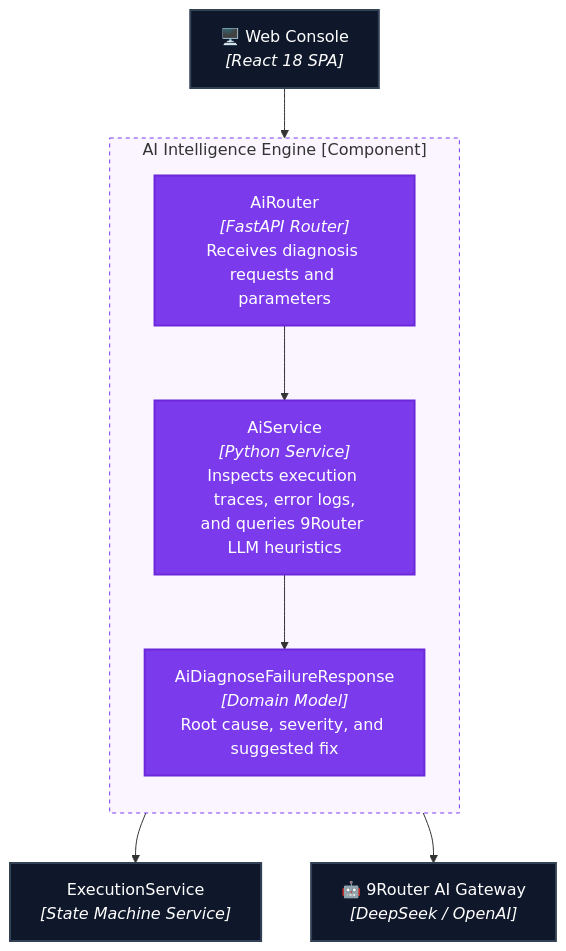
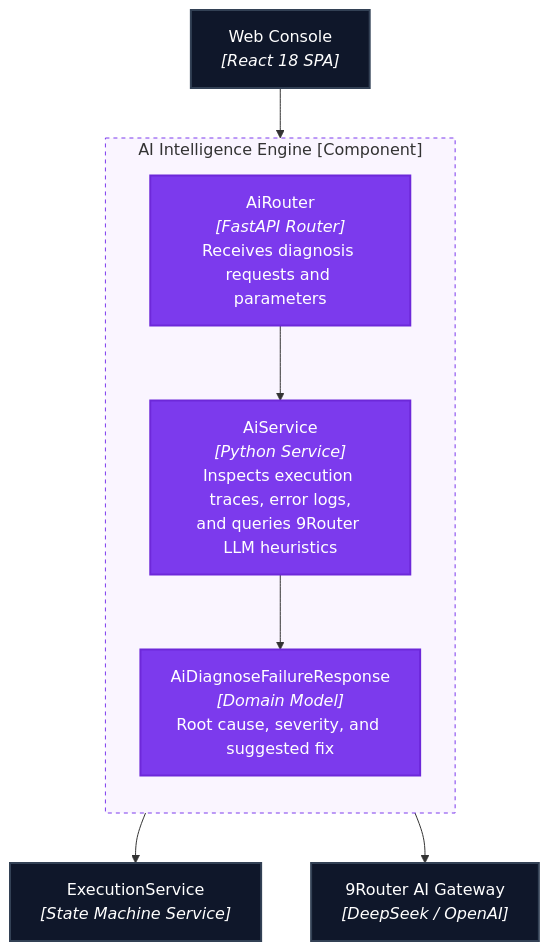
Before and after one commit to AnCoder1310/FlowForge: the seventh of 11 diagrams in README.md, drawn with Mermaid. The commit also changed other lines of this file and 28 other files, not shown here.

Commit message:
feat: complete FlowForge production-ready DAG engine, conditional branching, visual studio, and fix dashboard metrics anti-jitter

````diff
--- a/README.md
+++ b/README.md
@@ -641,26 +641,26 @@
 ```mermaid
 flowchart TB
     subgraph aiEngine["AI Intelligence Engine [Component]"]
         direction TB
         aiRouter["AiRouter<br/><i>[FastAPI Router]</i><br/>Receives diagnosis requests and parameters"]
         aiService["AiService<br/><i>[Python Service]</i><br/>Inspects execution traces, error logs,<br/>and queries 9Router LLM heuristics"]
         diagModel["AiDiagnoseFailureResponse<br/><i>[Domain Model]</i><br/>Root cause, severity, and suggested fix"]
 
         aiRouter --> aiService
         aiService --> diagModel
     end
 
-    web["🖥️ Web Console<br/><i>[React 18 SPA]</i>"]
+    web["Web Console<br/><i>[React 18 SPA]</i>"]
     execService["ExecutionService<br/><i>[State Machine Service]</i>"]
-    llm["🤖 9Router AI Gateway<br/><i>[DeepSeek / OpenAI]</i>"]
+    llm["9Router AI Gateway<br/><i>[DeepSeek / OpenAI]</i>"]
 
     web --> aiRouter
     aiService --> execService
     aiService --> llm
 
     classDef aiComp fill:#7c3aed,color:#fff,stroke:#6d28d9,stroke-width:2px;
     classDef extBox fill:#0f172a,color:#fff,stroke:#334155,stroke-width:2px;
     class aiRouter,aiService,diagModel aiComp
     class web,execService,llm extBox
     style aiEngine fill:#faf5ff,stroke:#7c3aed,stroke-dasharray:4 4
 ```
````
